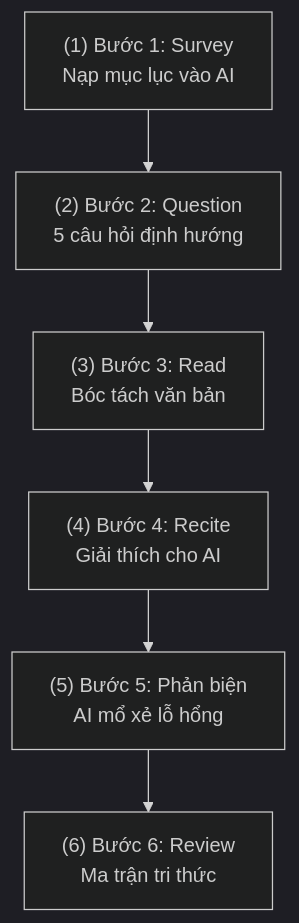
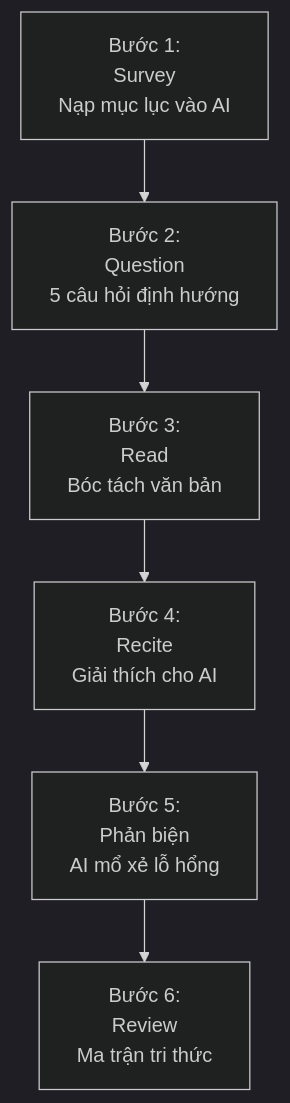
The diagram in content/posts/doc-sach-hoc-thuat-cung-ai.md (nguyengoctin/my_website), drawn with Mermaid (dark theme) before and after one commit. The commit also changed 27 other files, not shown here.

````diff
--- a/content/posts/doc-sach-hoc-thuat-cung-ai.md
+++ b/content/posts/doc-sach-hoc-thuat-cung-ai.md
@@ -41,14 +41,14 @@
 ```mermaid
 flowchart TD
-    S1["(1) Bước 1: Survey<br/>Nạp mục lục vào AI"]
-    S2["(2) Bước 2: Question<br/>5 câu hỏi định hướng"]
-    S3["(3) Bước 3: Read<br/>Bóc tách văn bản"]
-    F1["(4) Bước 4: Recite<br/>Giải thích cho AI"]
-    F2["(5) Bước 5: Phản biện<br/>AI mổ xẻ lỗ hổng"]
-    R1["(6) Bước 6: Review<br/>Ma trận tri thức"]
+    S1["Bước 1:<br/>Survey<br/>Nạp mục lục vào AI"]
+    S2["Bước 2:<br/>Question<br/>5 câu hỏi định hướng"]
+    S3["Bước 3:<br/>Read<br/>Bóc tách văn bản"]
+    F1["Bước 4:<br/>Recite<br/>Giải thích cho AI"]
+    F2["Bước 5:<br/>Phản biện<br/>AI mổ xẻ lỗ hổng"]
+    R1["Bước 6:<br/>Review<br/>Ma trận tri thức"]
     S1 --> S2
     S2 --> S3
     S3 --> F1
     F1 --> F2
     F2 --> R1
 ```
````
